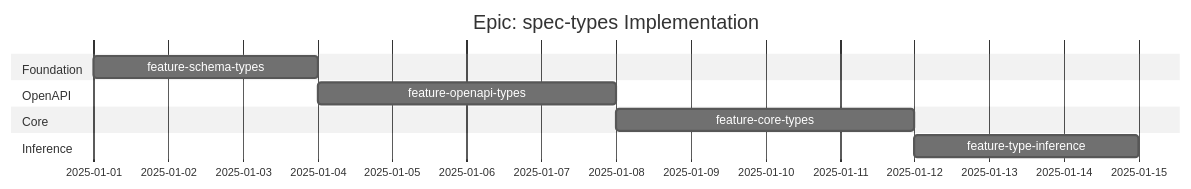
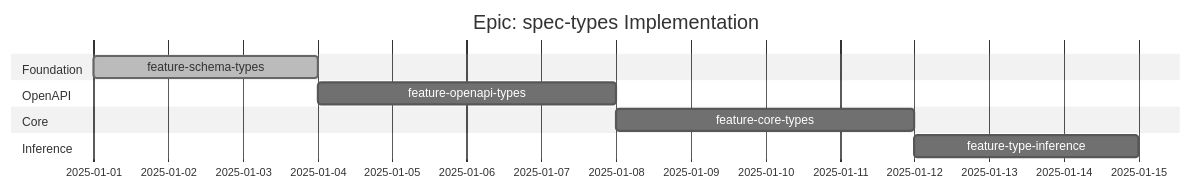
Before and after one commit to ContractedAPI/deno: the diagram in tracker/openapi-transpiler/epic-spec-types/EPIC_CHECKLIST.md, drawn with Mermaid (neutral theme). The commit also changed other lines of this file and 2 other files, not shown here.

First line of the commit message:
docs: complete feature-schema-types review and update checklists

````diff
--- a/tracker/openapi-transpiler/epic-spec-types/EPIC_CHECKLIST.md
+++ b/tracker/openapi-transpiler/epic-spec-types/EPIC_CHECKLIST.md
@@ -5,13 +5,13 @@
 ```mermaid
 gantt
     title Epic: spec-types Implementation
     dateFormat  YYYY-MM-DD
     section Foundation
-        feature-schema-types     :fs, 2025-01-01, 3d
+        feature-schema-types     :done, fs, 2025-01-01, 3d
     section OpenAPI
         feature-openapi-types    :fo, after fs, 4d
     section Core
         feature-core-types       :fc, after fo, 4d
     section Inference
         feature-type-inference   :fi, after fc, 3d
 ```
````
